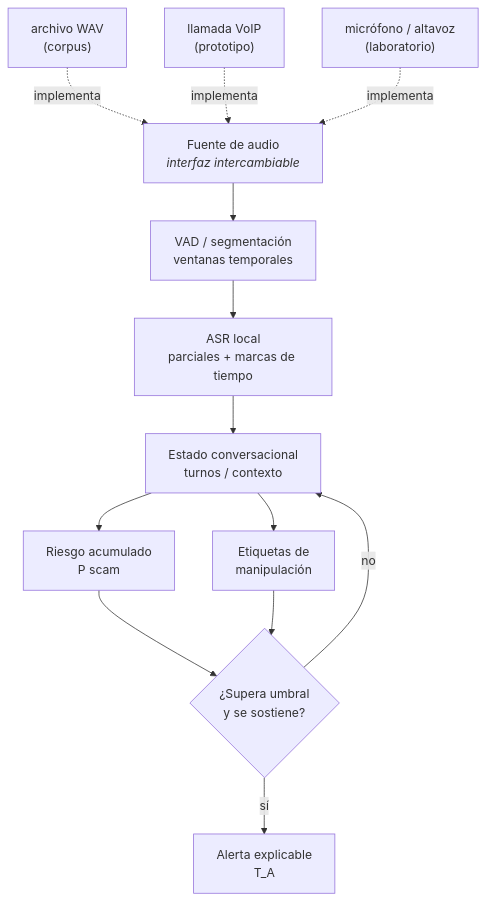
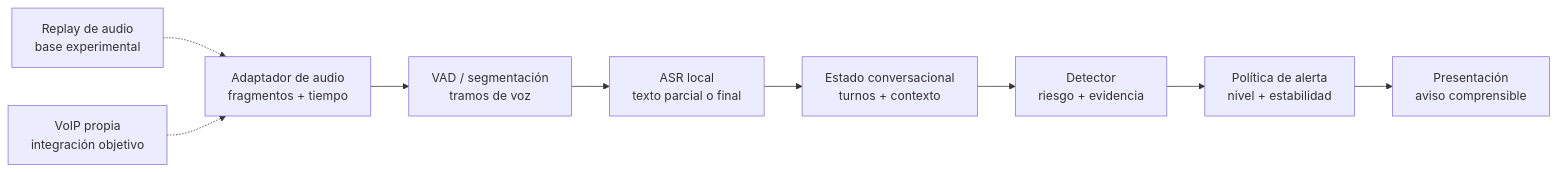
Before and after one commit to Corchets/bitacora_tesis: the diagram in docs/ingenieria/ARQUITECTURA.md, drawn with Mermaid. The commit also changed other lines of this file and 12 other files, not shown here.

````diff
--- a/docs/ingenieria/ARQUITECTURA.md
+++ b/docs/ingenieria/ARQUITECTURA.md
@@ -20,15 +20,11 @@
 ```mermaid
-flowchart TD
-    A["Fuente de audio<br/><i>interfaz intercambiable</i>"] --> B[VAD / segmentación<br/>ventanas temporales]
-    A1["archivo WAV<br/>(corpus)"] -.implementa.-> A
-    A2["llamada VoIP<br/>(prototipo)"] -.implementa.-> A
-    A3["micrófono / altavoz<br/>(laboratorio)"] -.implementa.-> A
-    B --> C[ASR local<br/>parciales + marcas de tiempo]
-    C --> D[Estado conversacional<br/>turnos / contexto]
-    D --> E[Riesgo acumulado<br/>P scam]
-    D --> F[Etiquetas de<br/>manipulación]
-    E --> G{¿Supera umbral<br/>y se sostiene?}
-    F --> G
-    G -->|sí| H["Alerta explicable<br/>T_A"]
-    G -->|no| D
+flowchart LR
+    R["Replay de audio<br/>base experimental"] -.-> A
+    V["VoIP propia<br/>integración objetivo"] -.-> A
+    A["Adaptador de audio<br/>fragmentos + tiempo"] --> B["VAD / segmentación<br/>tramos de voz"]
+    B --> C["ASR local<br/>texto parcial o final"]
+    C --> D["Estado conversacional<br/>turnos + contexto"]
+    D --> E["Detector<br/>riesgo + evidencia"]
+    E --> F["Política de alerta<br/>nivel + estabilidad"]
+    F --> G["Presentación<br/>aviso comprensible"]
 ```
````
